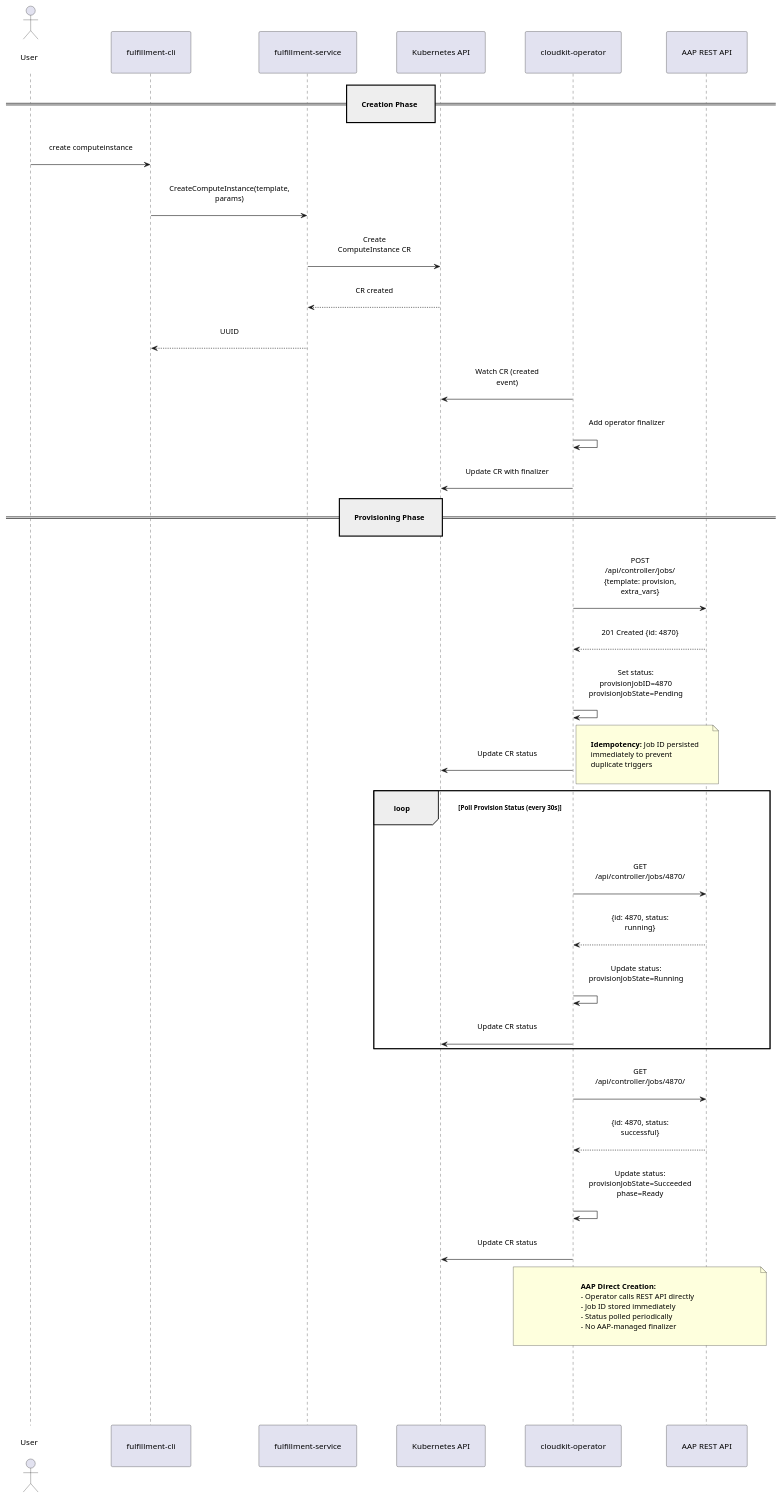
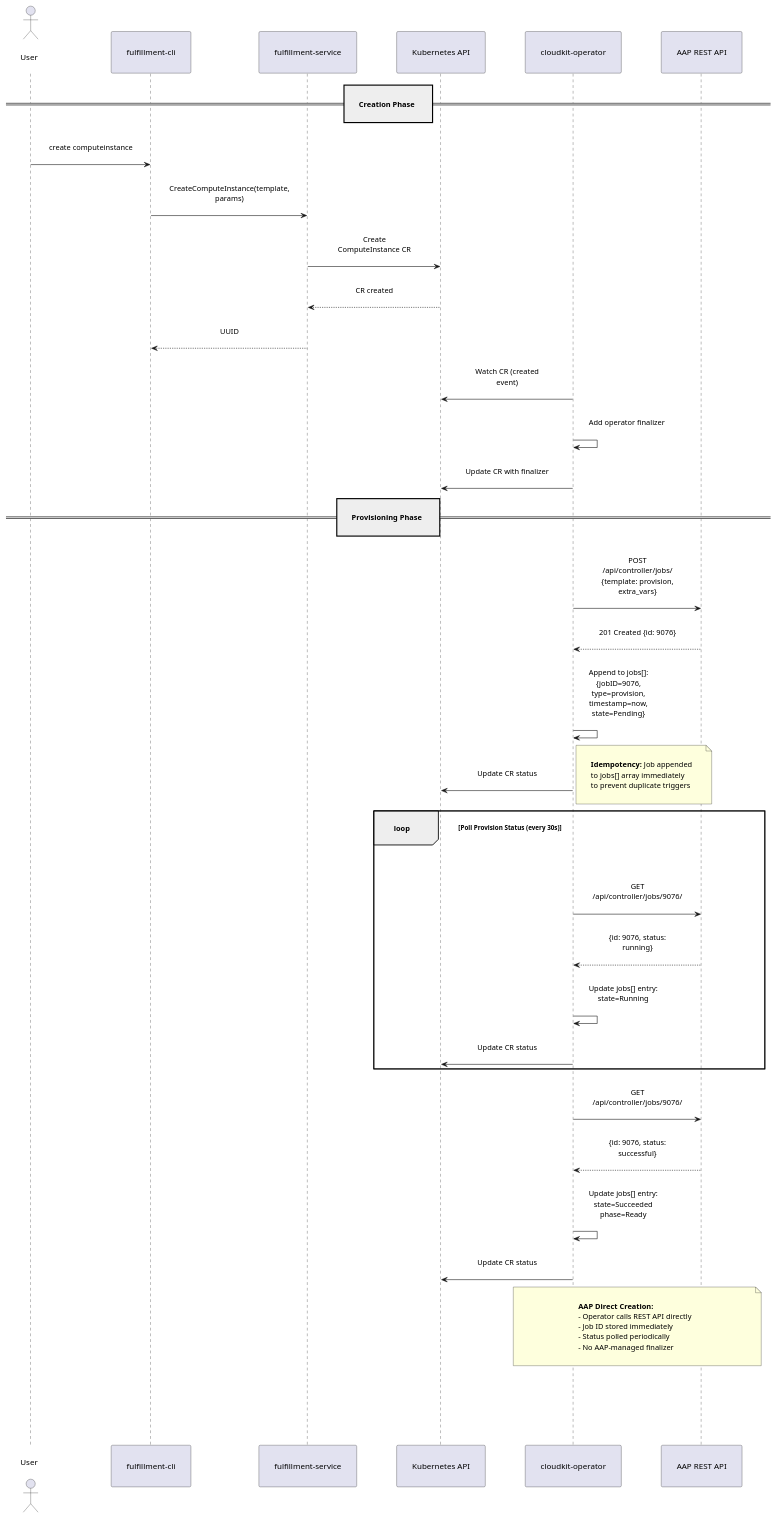
One commit to innabox/docs changed the diagram in architecture/aap-provisioning/diagrams/sequence-aap-direct-creation.puml. Above: the diagram before and after it, drawn with PlantUML. The commit also changed 5 other files, not shown here.

First line of the commit message:
docs: Update AAP provisioning docs for jobs array migration

```diff
--- a/architecture/aap-provisioning/diagrams/sequence-aap-direct-creation.puml
+++ b/architecture/aap-provisioning/diagrams/sequence-aap-direct-creation.puml
@@ -1,62 +1,62 @@
 @startuml AAP Direct Model - Creation and Provisioning
 skinparam scale 2
 skinparam padding 20
 skinparam ParticipantPadding 30
 skinparam BoxPadding 20
 
 skinparam backgroundColor white
 skinparam sequenceMessageAlign center
 skinparam maxMessageSize 150
 
 actor User
 participant "fulfillment-cli" as CLI
 participant "fulfillment-service" as Service
 participant "Kubernetes API" as K8s
 participant "cloudkit-operator" as Operator
 participant "AAP REST API" as AAP
 
 == Creation Phase ==
 User -> CLI: create computeinstance
 CLI -> Service: CreateComputeInstance(template, params)
 Service -> K8s: Create ComputeInstance CR
 K8s --> Service: CR created
 Service --> CLI: UUID
 
 Operator -> K8s: Watch CR (created event)
 Operator -> Operator: Add operator finalizer
 Operator -> K8s: Update CR with finalizer
 
 == Provisioning Phase ==
 Operator -> AAP: POST /api/controller/jobs/\n{template: provision, extra_vars}
-AAP --> Operator: 201 Created {id: 4870}
-Operator -> Operator: Set status:\nprovisionJobID=4870\nprovisionJobState=Pending
+AAP --> Operator: 201 Created {id: 9076}
+Operator -> Operator: Append to jobs[]:\n{jobID=9076, type=provision,\ntimestamp=now, state=Pending}
 Operator -> K8s: Update CR status
-note right: **Idempotency:** Job ID persisted\nimmediately to prevent\nduplicate triggers
+note right: **Idempotency:** Job appended\nto jobs[] array immediately\nto prevent duplicate triggers
 
 loop Poll Provision Status (every 30s)
-    Operator -> AAP: GET /api/controller/jobs/4870/
-    AAP --> Operator: {id: 4870, status: running}
-    Operator -> Operator: Update status:\nprovisionJobState=Running
+    Operator -> AAP: GET /api/controller/jobs/9076/
+    AAP --> Operator: {id: 9076, status: running}
+    Operator -> Operator: Update jobs[] entry:\nstate=Running
     Operator -> K8s: Update CR status
 end
 
-Operator -> AAP: GET /api/controller/jobs/4870/
-AAP --> Operator: {id: 4870, status: successful}
-Operator -> Operator: Update status:\nprovisionJobState=Succeeded\nphase=Ready
+Operator -> AAP: GET /api/controller/jobs/9076/
+AAP --> Operator: {id: 9076, status: successful}
+Operator -> Operator: Update jobs[] entry:\nstate=Succeeded\nphase=Ready
 Operator -> K8s: Update CR status
 
 note over Operator, AAP
   **AAP Direct Creation:**
   - Operator calls REST API directly
   - Job ID stored immediately
   - Status polled periodically
   - No AAP-managed finalizer
 end note
 
 ||||
 ||||
 ||||
 ||||
 ||||
 
 @enduml
```
